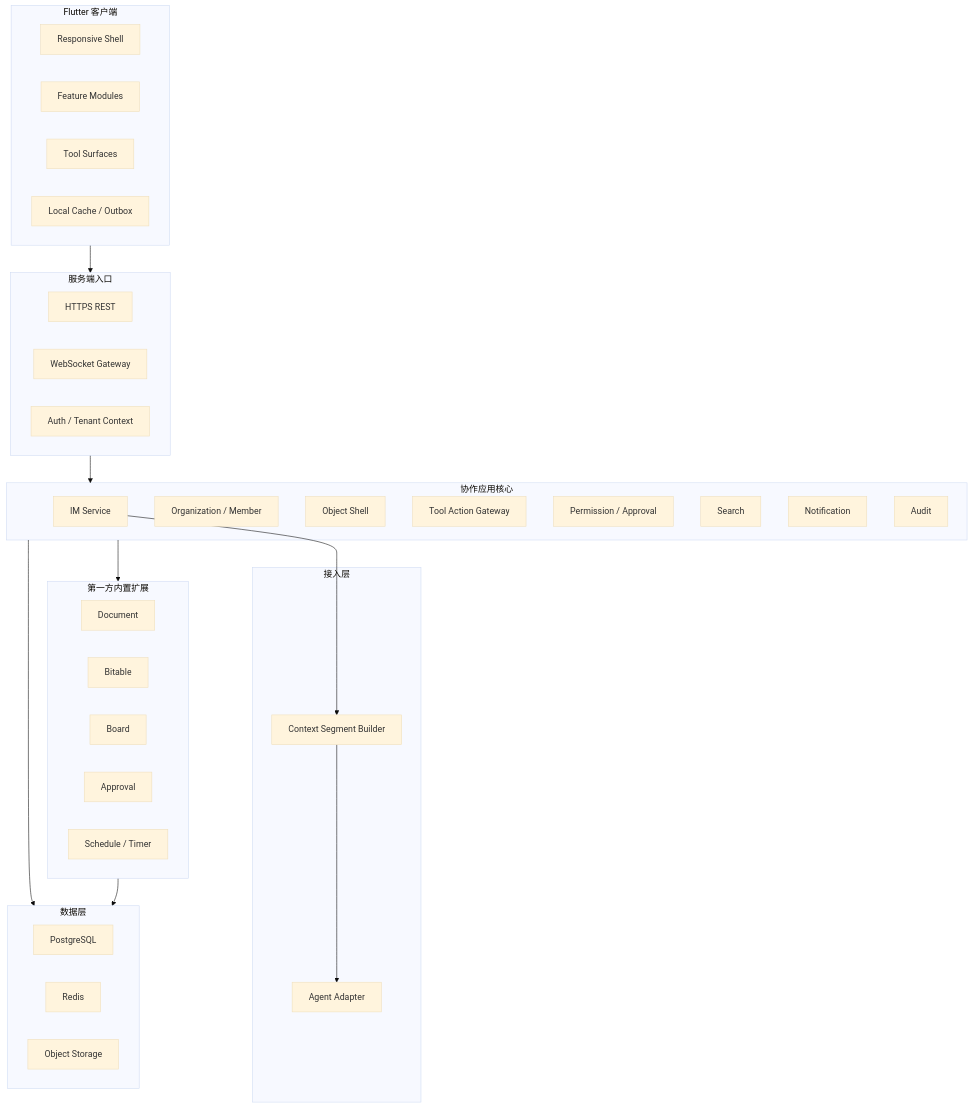
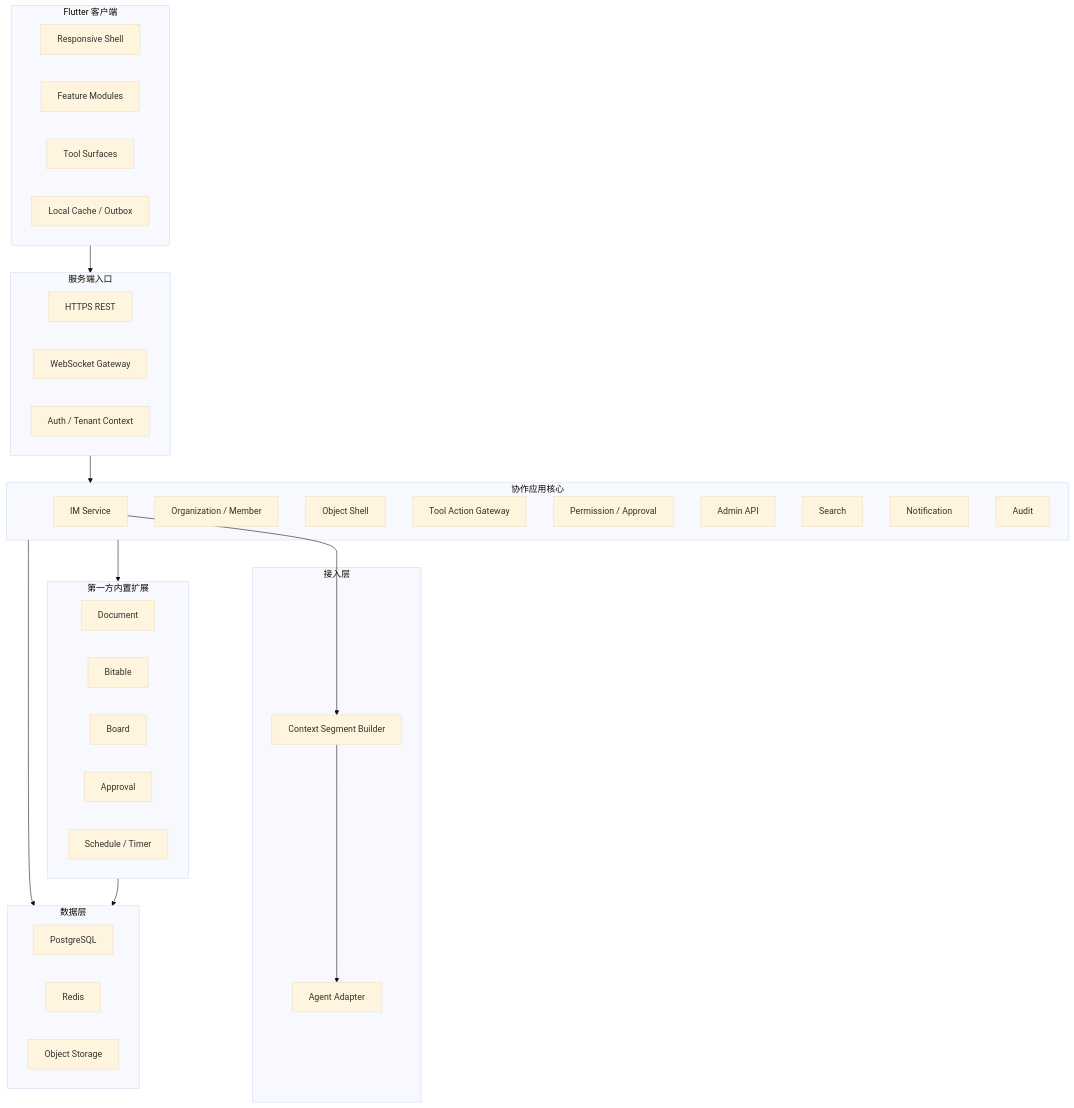
Before and after one commit to chongyi/virtual-team-architecture: the diagram in virtual-team/src/04-collaboration-app/architecture.md, drawn with Mermaid (base theme). The commit also changed other lines of this file and 15 other files, not shown here.

````diff
--- a/virtual-team/src/04-collaboration-app/architecture.md
+++ b/virtual-team/src/04-collaboration-app/architecture.md
@@ -30,53 +31,54 @@
 ```mermaid
 flowchart TB
     subgraph client["Flutter 客户端"]
         shell["Responsive Shell"]
         feature["Feature Modules"]
         toolSurface["Tool Surfaces"]
         local["Local Cache / Outbox"]
     end
 
     subgraph edge["服务端入口"]
         http["HTTPS REST"]
         ws["WebSocket Gateway"]
         auth["Auth / Tenant Context"]
     end
 
     subgraph core["协作应用核心"]
         im["IM Service"]
         org["Organization / Member"]
         object["Object Shell"]
         action["Tool Action Gateway"]
         permission["Permission / Approval"]
+        admin["Admin API"]
         search["Search"]
         notification["Notification"]
         audit["Audit"]
     end
 
     subgraph extensions["第一方内置扩展"]
         doc["Document"]
         bitable["Bitable"]
         board["Board"]
         approval["Approval"]
         schedule["Schedule / Timer"]
     end
 
     subgraph integration["接入层"]
         context["Context Segment Builder"]
         agent["Agent Adapter"]
     end
 
     subgraph data["数据层"]
         pg["PostgreSQL"]
         redis["Redis"]
         s3["Object Storage"]
     end
 
     client --> edge
     edge --> core
     core --> extensions
     im --> context
     context --> agent
     core --> data
     extensions --> data
 ```
````
